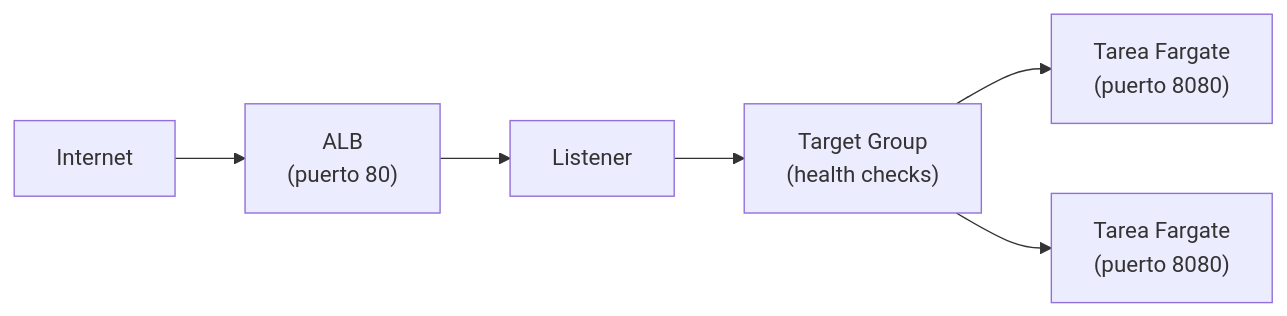
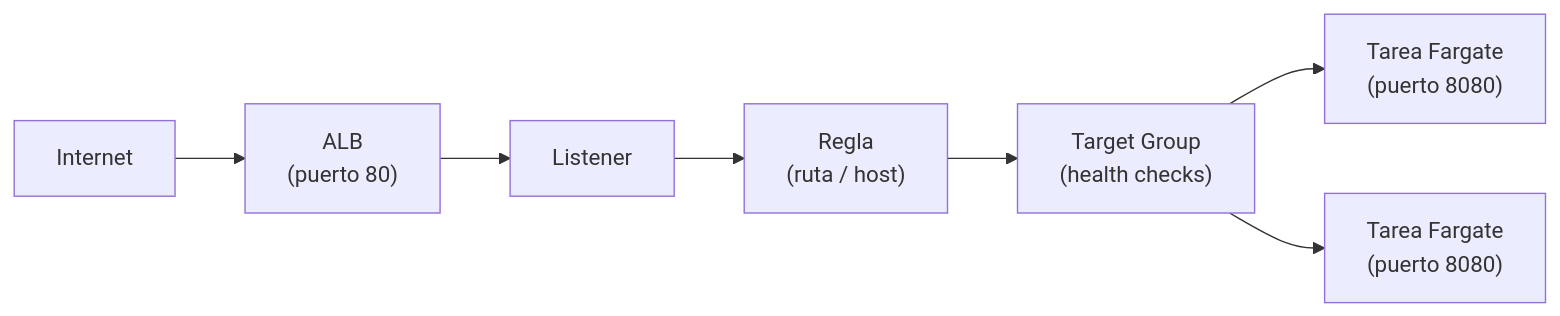
The diagram in content/aws-devops/14-operar-contenedores.md (cloudbridgeuy/courses), drawn with Mermaid before and after one commit. The commit also changed other lines of this file and 10 other files, not shown here.

````diff
--- a/content/aws-devops/14-operar-contenedores.md
+++ b/content/aws-devops/14-operar-contenedores.md
@@ -33,8 +34,9 @@
 ```mermaid
 flowchart LR
   U["Internet"] --> L["ALB<br/>(puerto 80)"]
   L --> LI["Listener"]
-  LI --> TG["Target Group<br/>(health checks)"]
+  LI --> RG["Regla<br/>(ruta / host)"]
+  RG --> TG["Target Group<br/>(health checks)"]
   TG --> T1["Tarea Fargate<br/>(puerto 8080)"]
   TG --> T2["Tarea Fargate<br/>(puerto 8080)"]
 ```
````
